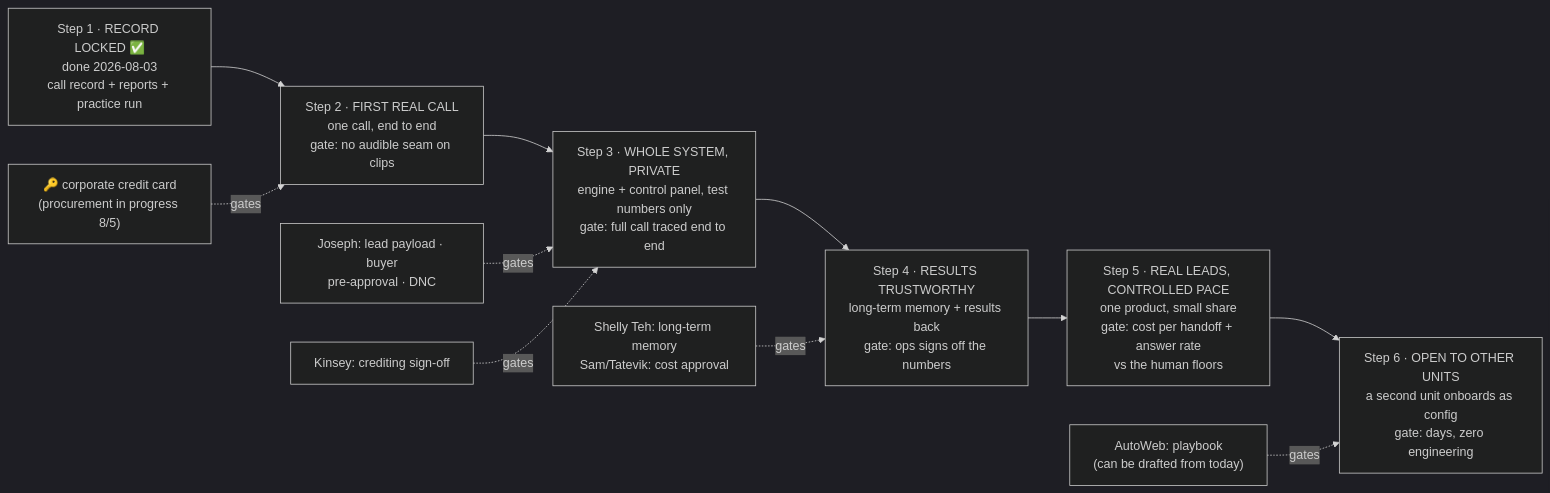
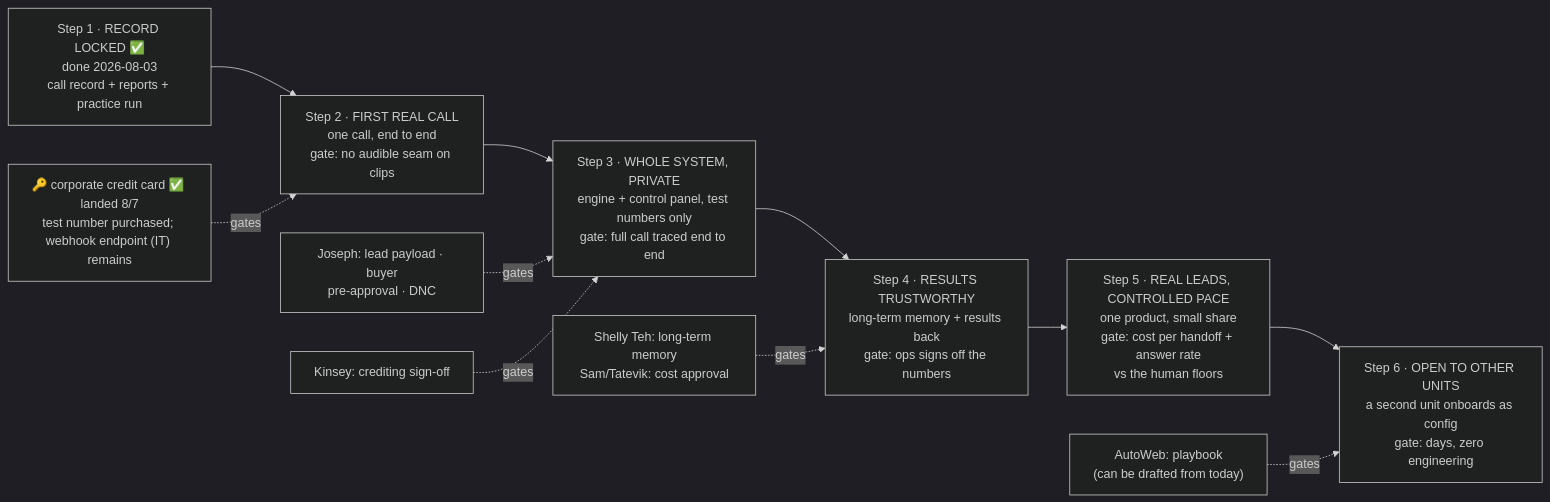
Before and after one commit to piermadsen-blcalls/fivestrata-dialer: the diagram in docs/roadmap.md, drawn with Mermaid (dark theme). The commit also changed other lines of this file and 3 other files, not shown here.

Commit message:
Step 2 kickoff: card landed 8/7, Telnyx call path provisioned (connection 3021367032303060958), test DID +14478429621 purchased via guarded did-purchase script; webhook endpoint (IT) is the remaining gate

````diff
--- a/docs/roadmap.md
+++ b/docs/roadmap.md
@@ -22,16 +23,16 @@
 ```mermaid
 flowchart LR
   M0["Step 1 · RECORD LOCKED ✅<br/>done 2026-08-03<br/>call record + reports + practice run"]
   M1["Step 2 · FIRST REAL CALL<br/>one call, end to end<br/>gate: no audible seam on clips"]
   M2["Step 3 · WHOLE SYSTEM, PRIVATE<br/>engine + control panel, test numbers only<br/>gate: full call traced end to end"]
   M3["Step 4 · RESULTS TRUSTWORTHY<br/>long-term memory + results back<br/>gate: ops signs off the numbers"]
   M4["Step 5 · REAL LEADS, CONTROLLED PACE<br/>one product, small share<br/>gate: cost per handoff + answer rate<br/>vs the human floors"]
   M5["Step 6 · OPEN TO OTHER UNITS<br/>a second unit onboards as config<br/>gate: days, zero engineering"]
 
   M0 --> M1 --> M2 --> M3 --> M4 --> M5
-  CARD["🔑 corporate credit card<br/>(procurement in progress 8/5)"] -.gates.-> M1
+  CARD["🔑 corporate credit card ✅ landed 8/7<br/>test number purchased; webhook endpoint (IT) remains"] -.gates.-> M1
   JOS["Joseph: lead payload · buyer<br/>pre-approval · DNC"] -.gates.-> M2
   KIN["Kinsey: crediting sign-off"] -.gates.-> M2
   SNOW["Shelly Teh: long-term memory<br/>Sam/Tatevik: cost approval"] -.gates.-> M3
   AW["AutoWeb: playbook<br/>(can be drafted from today)"] -.gates.-> M5
 ```
````
